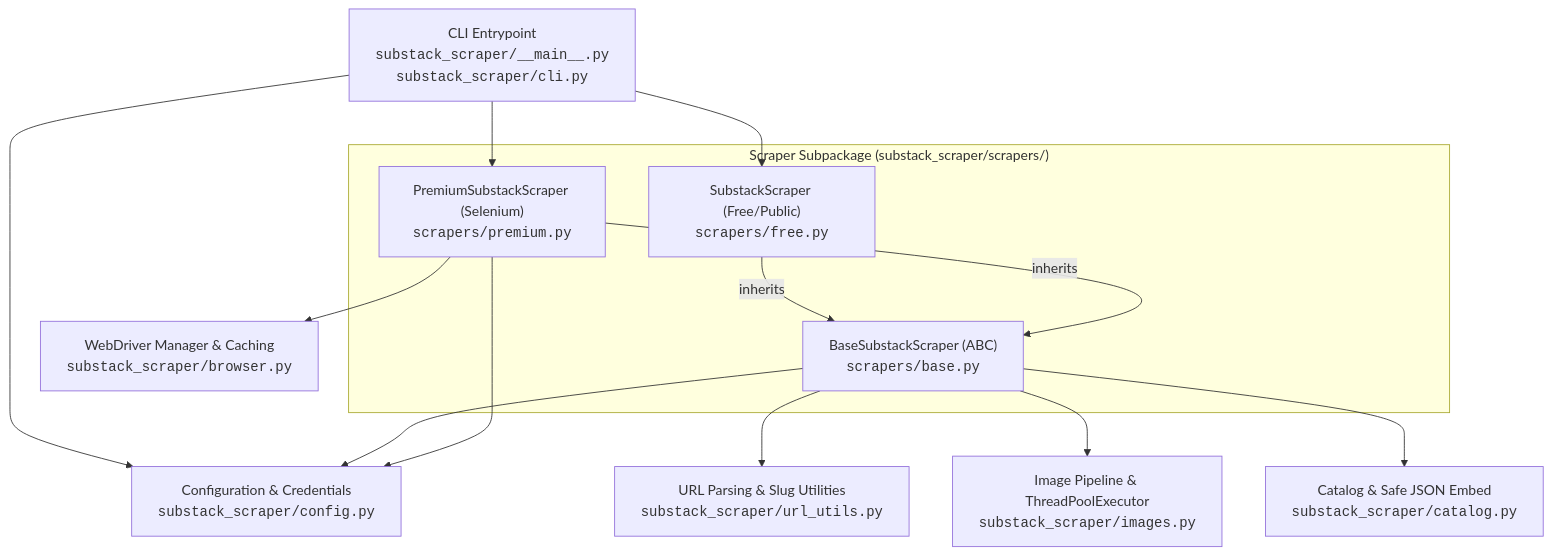
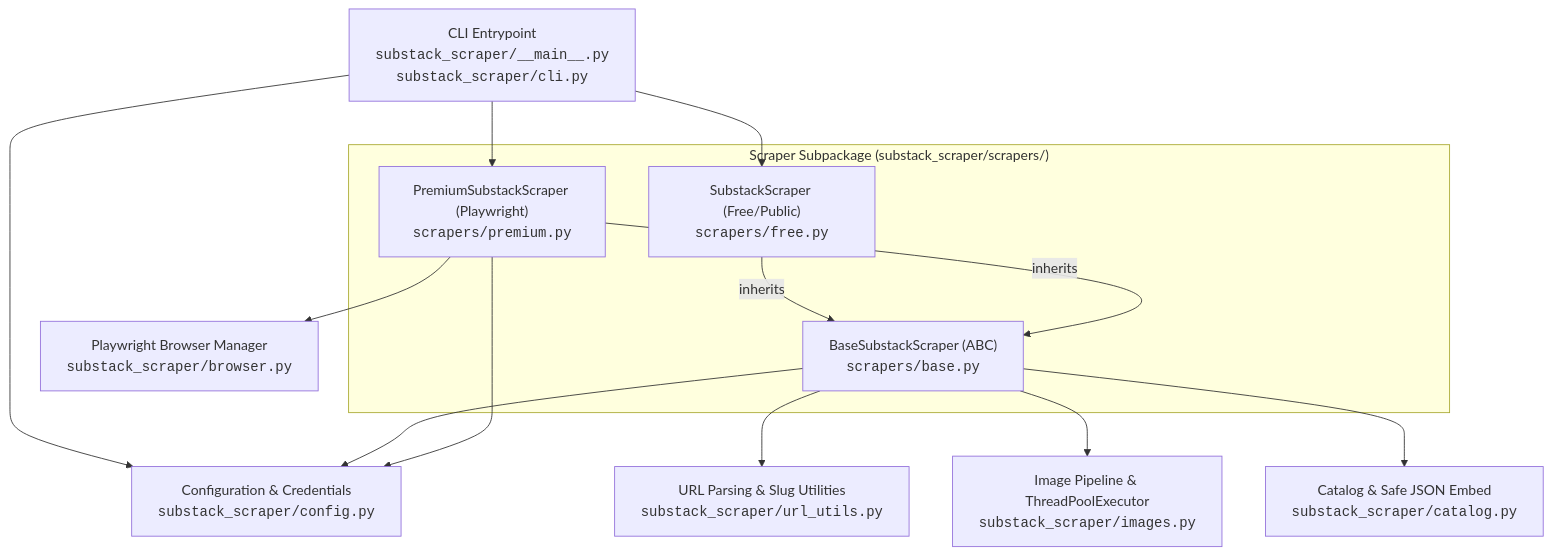
The first of 2 diagrams in AGENTS.md (0xfchen/Substack2Markdown), drawn with Mermaid before and after one commit. The commit also changed other lines of this file and 16 other files, not shown here.

Commit message:
feat: migrate premium scraper from Selenium to Playwright with session reuse

````diff
--- a/AGENTS.md
+++ b/AGENTS.md
@@ -16,30 +16,30 @@
 ```mermaid
 flowchart TD
     CLI["CLI Entrypoint<br/><code>substack_scraper/__main__.py</code><br/><code>substack_scraper/cli.py</code>"]
     Config["Configuration & Credentials<br/><code>substack_scraper/config.py</code>"]
     URLUtils["URL Parsing & Slug Utilities<br/><code>substack_scraper/url_utils.py</code>"]
     Images["Image Pipeline & ThreadPoolExecutor<br/><code>substack_scraper/images.py</code>"]
     Catalog["Catalog & Safe JSON Embed<br/><code>substack_scraper/catalog.py</code>"]
-    Browser["WebDriver Manager & Caching<br/><code>substack_scraper/browser.py</code>"]
+    Browser["Playwright Browser Manager<br/><code>substack_scraper/browser.py</code>"]
 
     subgraph Scrapers ["Scraper Subpackage (substack_scraper/scrapers/)"]
         BaseScraper["BaseSubstackScraper (ABC)<br/><code>scrapers/base.py</code>"]
         FreeScraper["SubstackScraper (Free/Public)<br/><code>scrapers/free.py</code>"]
-        PremiumScraper["PremiumSubstackScraper (Selenium)<br/><code>scrapers/premium.py</code>"]
+        PremiumScraper["PremiumSubstackScraper (Playwright)<br/><code>scrapers/premium.py</code>"]
     end
 
     CLI --> Config
     CLI --> FreeScraper
     CLI --> PremiumScraper
     
     FreeScraper -- inherits --> BaseScraper
     PremiumScraper -- inherits --> BaseScraper
     
     BaseScraper --> URLUtils
     BaseScraper --> Images
     BaseScraper --> Catalog
     BaseScraper --> Config
     
     PremiumScraper --> Browser
     PremiumScraper --> Config
 ```
````
